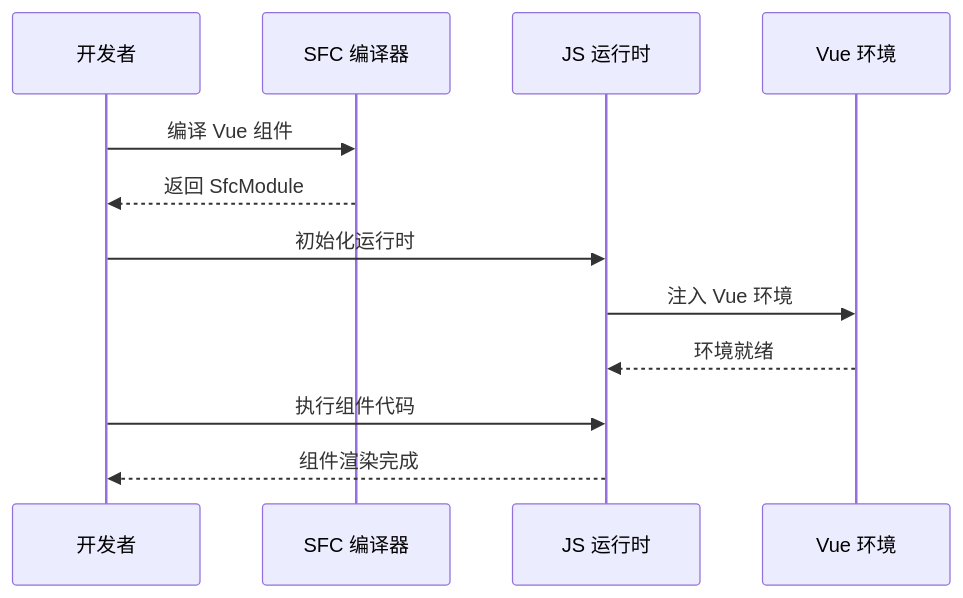
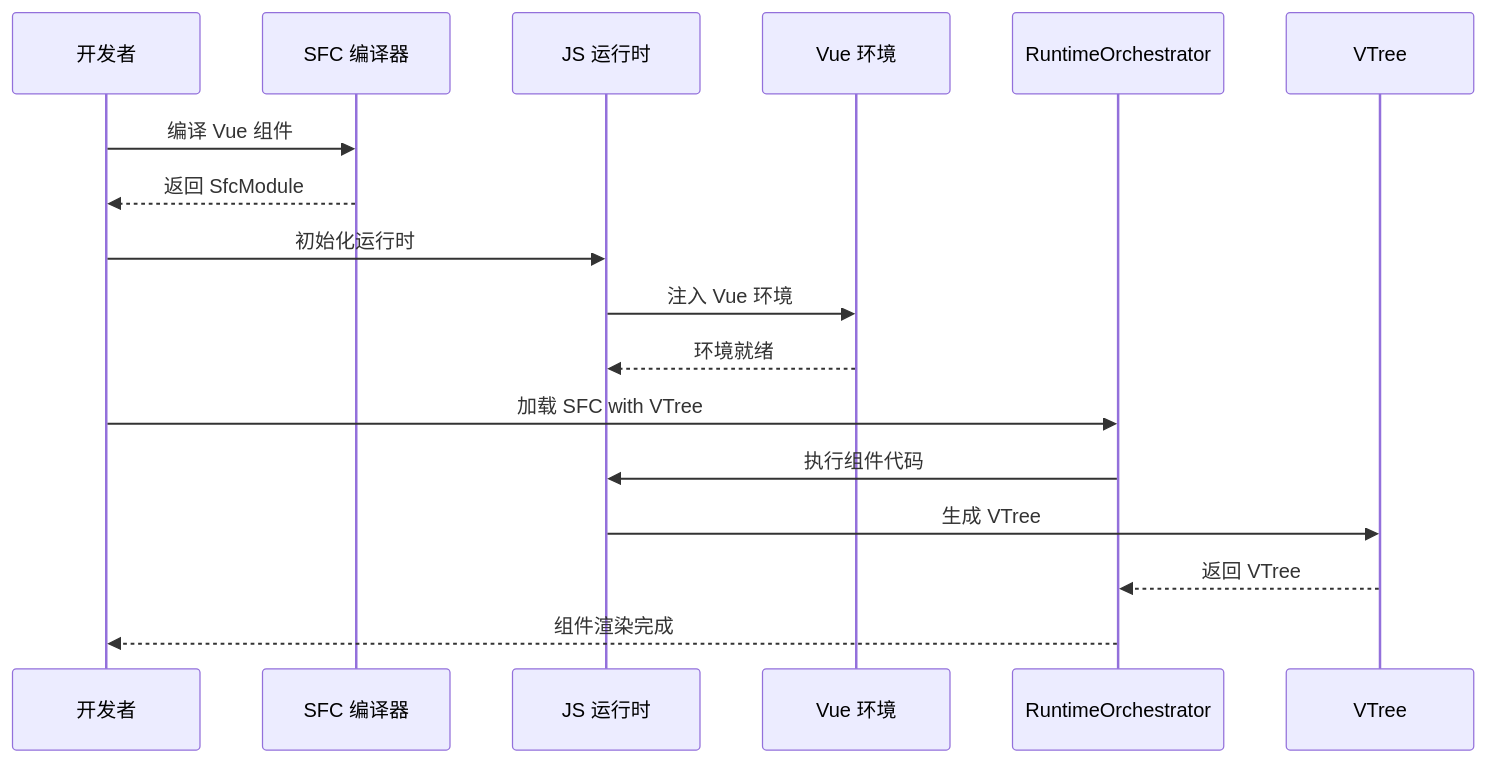
Before and after one commit to itszzl-sudo/iris: diagram 15 of 17 in .qoder/repowiki/zh/content/技术架构详解/即时转译系统/SFC编译器初始化机制/Vue 3 Script Setup 支持.md, drawn with Mermaid. The commit also changed other lines of this file and 8 other files, not shown here.

````diff
--- a/.qoder/repowiki/zh/content/技术架构详解/即时转译系统/SFC编译器初始化机制/Vue 3 Script Setup 支持.md
+++ b/.qoder/repowiki/zh/content/技术架构详解/即时转译系统/SFC编译器初始化机制/Vue 3 Script Setup 支持.md
@@ -586,14 +791,19 @@
 ```mermaid
 sequenceDiagram
 participant Dev as 开发者
 participant Compiler as SFC 编译器
 participant Runtime as JS 运行时
 participant VueEnv as Vue 环境
+participant Orchestrator as RuntimeOrchestrator
+participant VTree as VTree
 Dev->>Compiler : 编译 Vue 组件
 Compiler-->>Dev : 返回 SfcModule
 Dev->>Runtime : 初始化运行时
 Runtime->>VueEnv : 注入 Vue 环境
 VueEnv-->>Runtime : 环境就绪
-Dev->>Runtime : 执行组件代码
-Runtime-->>Dev : 组件渲染完成
+Dev->>Orchestrator : 加载 SFC with VTree
+Orchestrator->>Runtime : 执行组件代码
+Runtime->>VTree : 生成 VTree
+VTree-->>Orchestrator : 返回 VTree
+Orchestrator-->>Dev : 组件渲染完成
 ```
````
